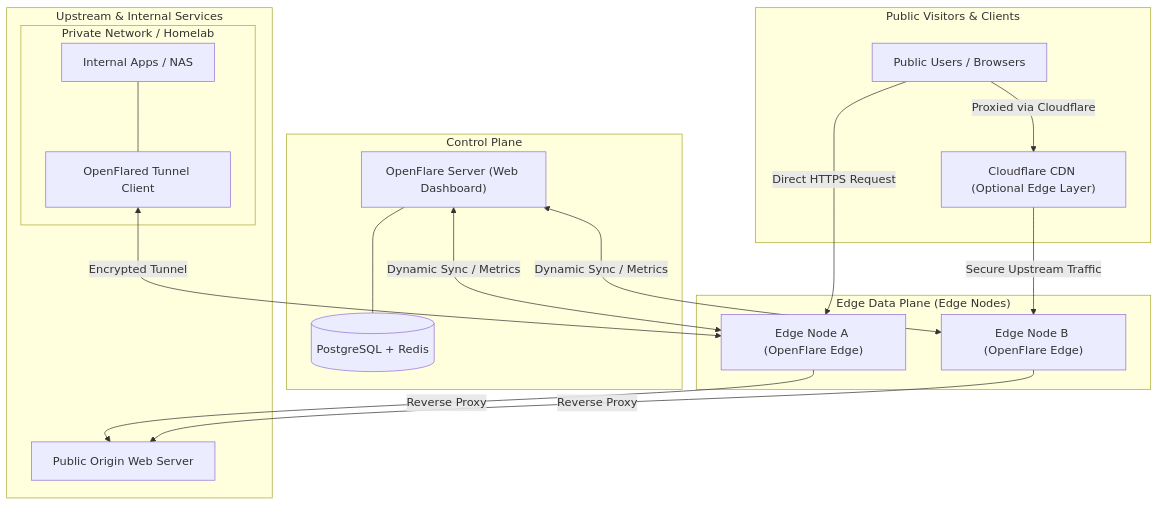
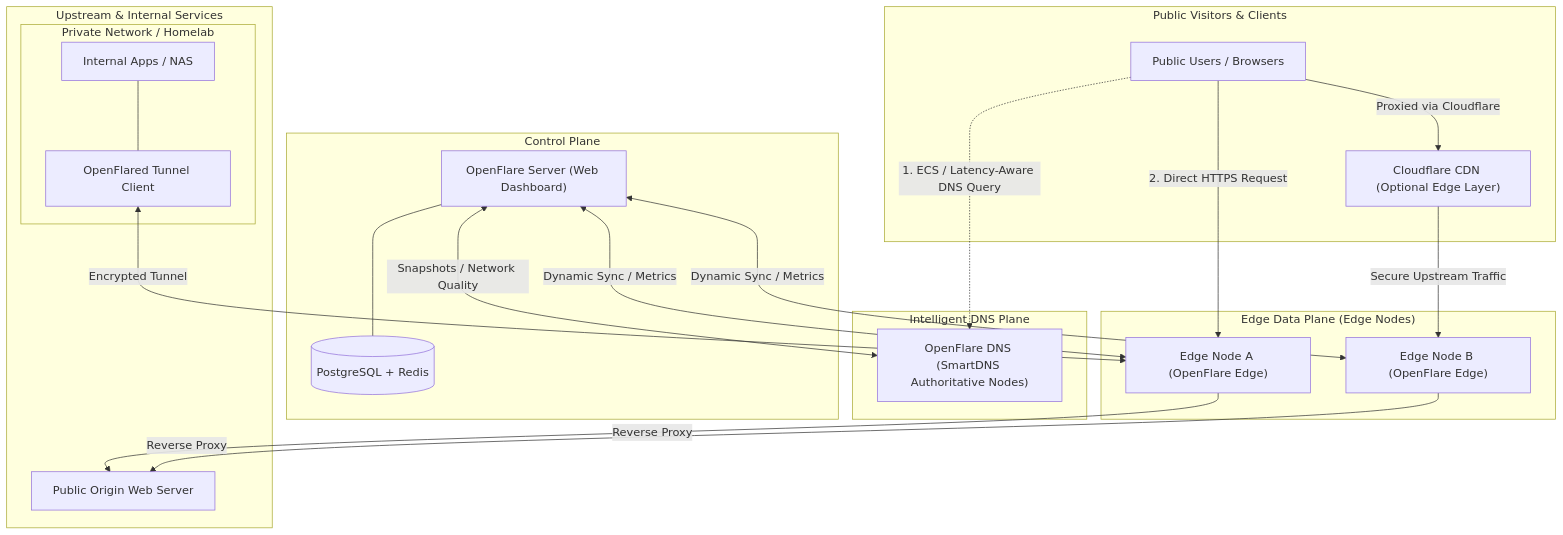
The diagram in README.md (Rain-kl/OpenFlare), drawn with Mermaid before and after one commit. The commit also changed other lines of this file and 17 other files, not shown here.

````diff
--- a/README.md
+++ b/README.md
@@ -80,39 +82,45 @@
 ```mermaid
 flowchart TD
     subgraph Visitors ["Public Visitors & Clients"]
         User["Public Users / Browsers"]
         CF["Cloudflare CDN (Optional Edge Layer)"]
+    end
+
+    subgraph DNSPlane ["Intelligent DNS Plane"]
+        SmartDNS["OpenFlare DNS (SmartDNS Authoritative Nodes)"]
     end
 
     subgraph EdgePlane ["Edge Data Plane (Edge Nodes)"]
         Edge1["Edge Node A (OpenFlare Edge)"]
         Edge2["Edge Node B (OpenFlare Edge)"]
     end
 
     subgraph ControlPlane ["Control Plane"]
         Server["OpenFlare Server (Web Dashboard)"]
         DB[("PostgreSQL + Redis")]
     end
 
     subgraph Backend ["Upstream & Internal Services"]
         Origin["Public Origin Web Server"]
         subgraph PrivateNet ["Private Network / Homelab"]
             NAS["Internal Apps / NAS"]
             Client["OpenFlared Tunnel Client"]
         end
     end
 
-    User -->|Direct HTTPS Request| Edge1
+    User -.->|1. ECS / Latency-Aware DNS Query| SmartDNS
+    User -->|2. Direct HTTPS Request| Edge1
     User -->|Proxied via Cloudflare| CF
     CF -->|Secure Upstream Traffic| Edge2
 
+    Server <-->|Snapshots / Network Quality| SmartDNS
     Server <-->|Dynamic Sync / Metrics| Edge1
     Server <-->|Dynamic Sync / Metrics| Edge2
     Server --- DB
 
     Edge1 -->|Reverse Proxy| Origin
     Edge2 -->|Reverse Proxy| Origin
 
     Client <-->|Encrypted Tunnel| Edge1
     NAS --- Client
 ```
````
